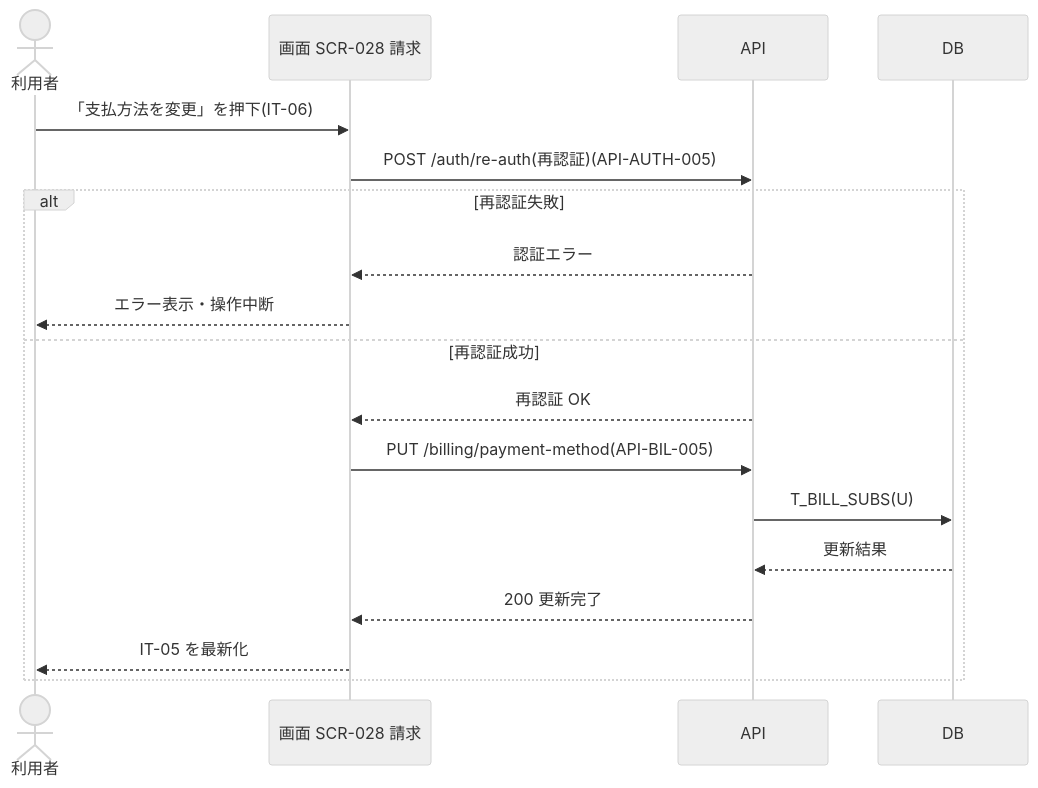
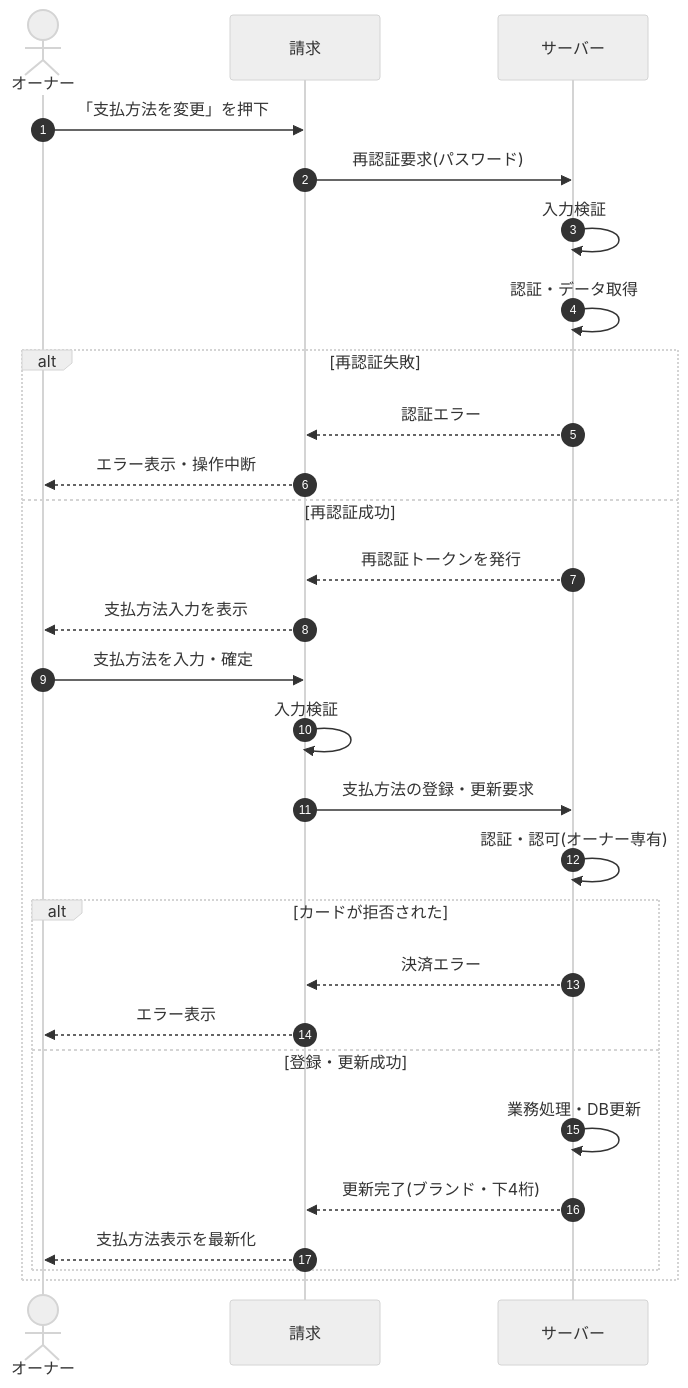
The diagram in 02_basic_design/05_sequences/SEQ-082.md (sikakou54/open-faq), drawn with Mermaid (neutral theme) before and after one commit. The commit also changed other lines of this file and 108 other files, not shown here.

First line of the commit message:
基本設計: シーケンス図を基本設計粒度(ユーザー/画面/サーバー)へ再編成

````diff
--- a/02_basic_design/05_sequences/SEQ-082.md
+++ b/02_basic_design/05_sequences/SEQ-082.md
@@ -25,20 +32,30 @@
 ```mermaid
 sequenceDiagram
-  actor U as 利用者
-  participant S as 画面 SCR-028 請求
-  participant API as API
-  participant DB as DB
-  U->>S: 「支払方法を変更」を押下(IT-06)
-  S->>API: POST /auth/re-auth(再認証)(API-AUTH-005)
+  autonumber
+  actor U as オーナー
+  participant Screen as 請求
+  participant Server as サーバー
+  U->>Screen: 「支払方法を変更」を押下
+  Screen->>Server: 再認証要求(パスワード)
+  Server->>Server: 入力検証
+  Server->>Server: 認証・データ取得
   alt 再認証失敗
-    API-->>S: 認証エラー
-    S-->>U: エラー表示・操作中断
+    Server-->>Screen: 認証エラー
+    Screen-->>U: エラー表示・操作中断
   else 再認証成功
-    API-->>S: 再認証 OK
-    S->>API: PUT /billing/payment-method(API-BIL-005)
-    API->>DB: T_BILL_SUBS(U)
-    DB-->>API: 更新結果
-    API-->>S: 200 更新完了
-    S-->>U: IT-05 を最新化
+    Server-->>Screen: 再認証トークンを発行
+    Screen-->>U: 支払方法入力を表示
+    U->>Screen: 支払方法を入力・確定
+    Screen->>Screen: 入力検証
+    Screen->>Server: 支払方法の登録・更新要求
+    Server->>Server: 認証・認可(オーナー専有)
+    alt カードが拒否された
+      Server-->>Screen: 決済エラー
+      Screen-->>U: エラー表示
+    else 登録・更新成功
+      Server->>Server: 業務処理・DB更新
+      Server-->>Screen: 更新完了(ブランド・下4桁)
+      Screen-->>U: 支払方法表示を最新化
+    end
   end
 ```
````
